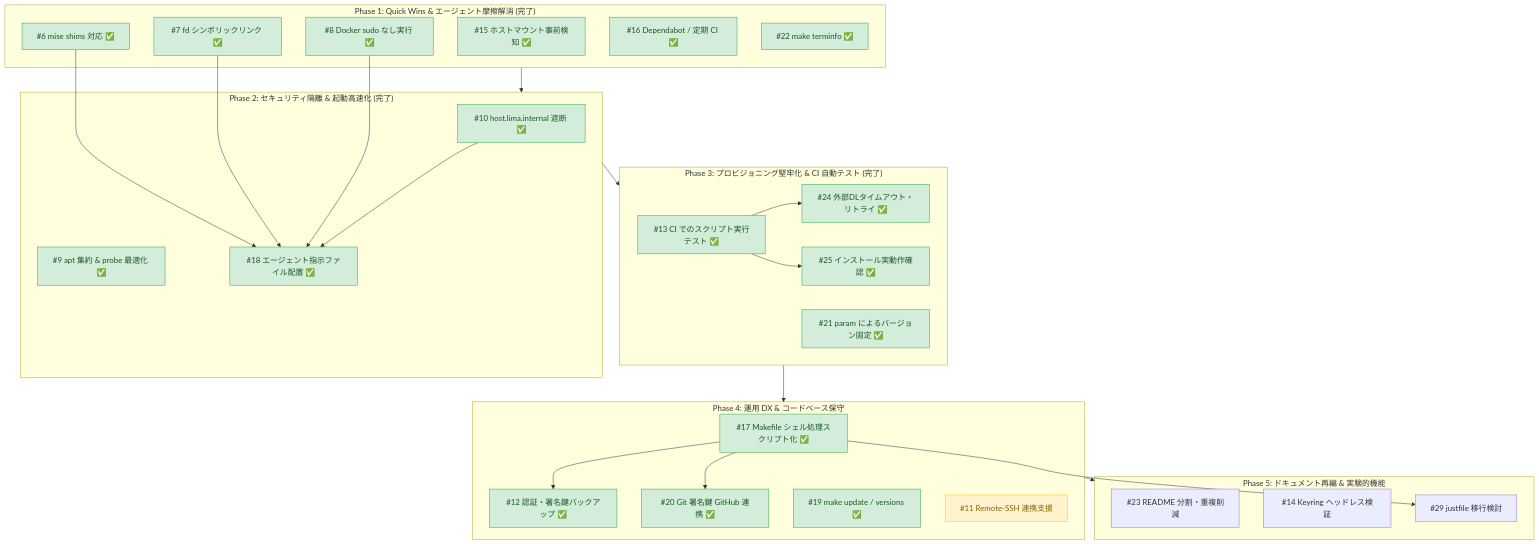
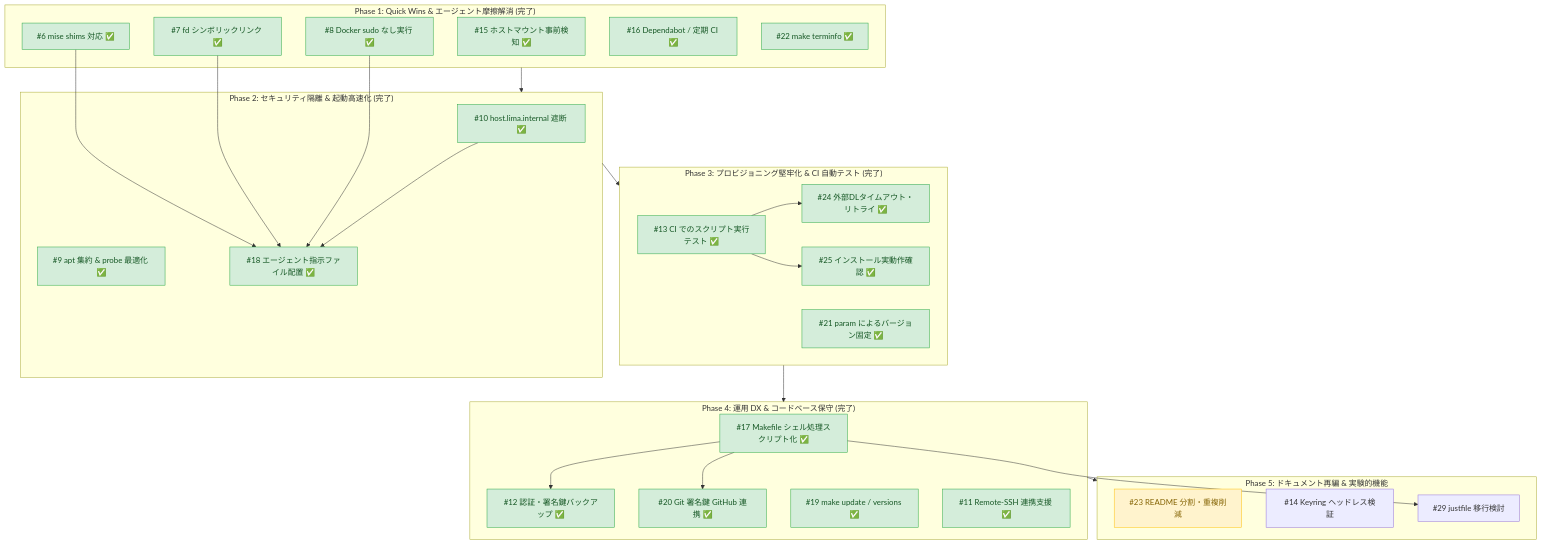
Before and after one commit to ikuy1203/lima-coding-sandbox: the diagram in docs/issue-prioritization.md, drawn with Mermaid. The commit also changed other lines of this file and 5 other files, not shown here.

First line of the commit message:
feat(make): add make ssh-config and Remote - SSH documentation (#11)

````diff
--- a/docs/issue-prioritization.md
+++ b/docs/issue-prioritization.md
@@ -94,57 +94,57 @@
 ```mermaid
 flowchart TD
     subgraph Phase1["Phase 1: Quick Wins & エージェント摩擦解消 (完了)"]
         I15["#15 ホストマウント事前検知 ✅"]
         I7["#7 fd シンボリックリンク ✅"]
         I8["#8 Docker sudo なし実行 ✅"]
         I6["#6 mise shims 対応 ✅"]
         I16["#16 Dependabot / 定期 CI ✅"]
         I22["#22 make terminfo ✅"]
     end
 
     subgraph Phase2["Phase 2: セキュリティ隔離 & 起動高速化 (完了)"]
         I10["#10 host.lima.internal 遮断 ✅"]
         I9["#9 apt 集約 & probe 最適化 ✅"]
         I18["#18 エージェント指示ファイル配置 ✅"]
     end
 
     subgraph Phase3["Phase 3: プロビジョニング堅牢化 & CI 自動テスト (完了)"]
         I13["#13 CI でのスクリプト実行テスト ✅"]
         I24["#24 外部DLタイムアウト・リトライ ✅"]
         I25["#25 インストール実動作確認 ✅"]
         I21["#21 param によるバージョン固定 ✅"]
     end
 
-    subgraph Phase4["Phase 4: 運用 DX & コードベース保守"]
+    subgraph Phase4["Phase 4: 運用 DX & コードベース保守 (完了)"]
         I17["#17 Makefile シェル処理スクリプト化 ✅"]
         I12["#12 認証・署名鍵バックアップ ✅"]
         I20["#20 Git 署名鍵 GitHub 連携 ✅"]
         I19["#19 make update / versions ✅"]
-        I11["#11 Remote-SSH 連携支援"]
+        I11["#11 Remote-SSH 連携支援 ✅"]
     end
 
     subgraph Phase5["Phase 5: ドキュメント再編 & 実験的機能"]
         I23["#23 README 分割・重複削減"]
         I14["#14 Keyring ヘッドレス検証"]
         I29["#29 justfile 移行検討"]
     end
 
     Phase1 --> Phase2
     Phase2 --> Phase3
     Phase3 --> Phase4
     Phase4 --> Phase5
     I6 --> I18
     I7 --> I18
     I8 --> I18
     I10 --> I18
     I13 --> I24
     I13 --> I25
     I17 --> I12
     I17 --> I20
     I17 --> I29
 
     classDef done fill:#d4edda,stroke:#28a745,color:#155724
     classDef next fill:#fff3cd,stroke:#ffc107,color:#856404
-    class I15,I7,I8,I6,I16,I22,I10,I9,I18,I13,I24,I25,I21,I17,I12,I20,I19 done
-    class I11 next
+    class I15,I7,I8,I6,I16,I22,I10,I9,I18,I13,I24,I25,I21,I17,I12,I20,I19,I11 done
+    class I23 next
 ```
````
